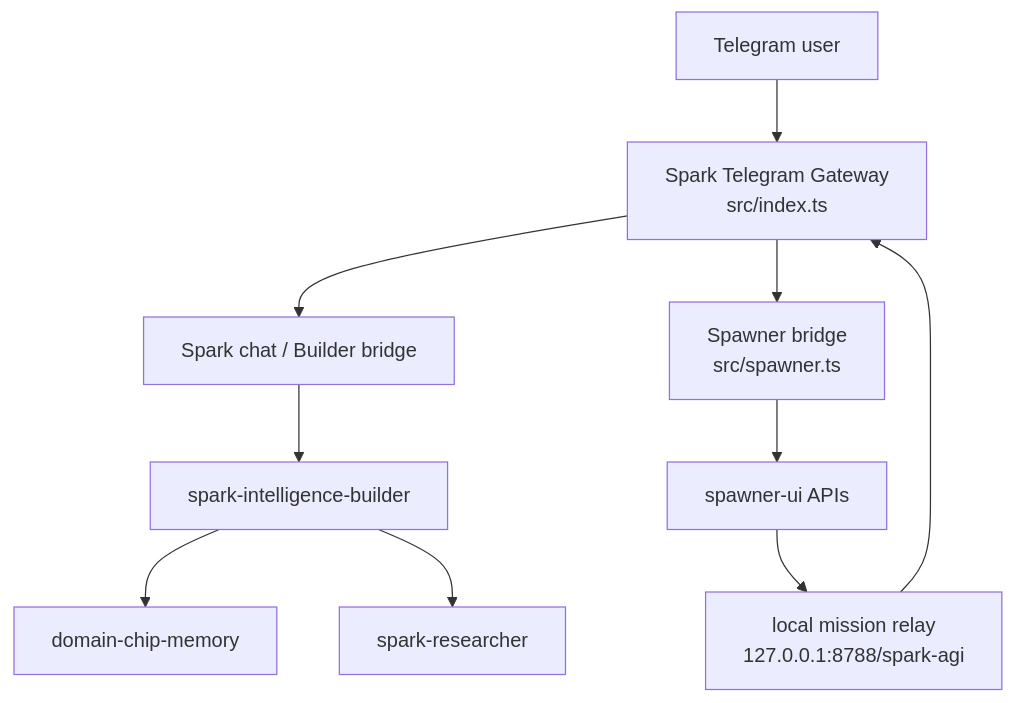
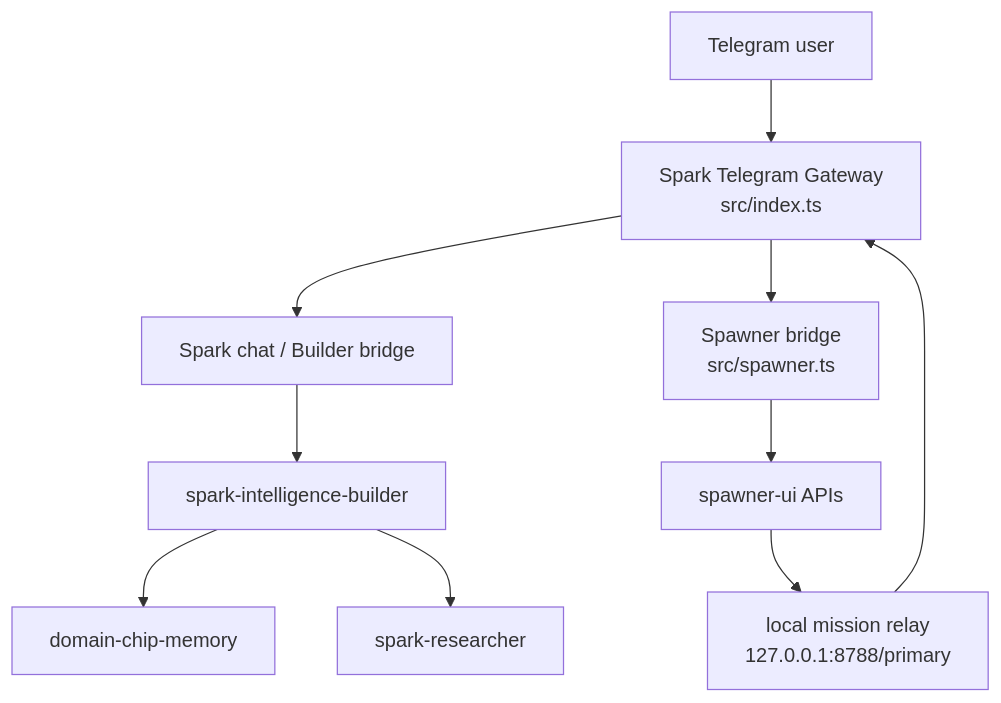
One commit to vibeforge1111/spark-telegram-bot changed the first of 2 diagrams in README.md. Above: the diagram before and after it, drawn with Mermaid. The commit also changed other lines of this file and 6 other files, not shown here.

Commit message:
Use neutral primary Telegram relay profile

````diff
--- a/README.md
+++ b/README.md
@@ -29,12 +29,12 @@
 ```mermaid
 flowchart TD
   User["Telegram user"] --> Gateway["Spark Telegram Gateway<br/>src/index.ts"]
   Gateway --> Chat["Spark chat / Builder bridge"]
   Chat --> Builder["spark-intelligence-builder"]
   Builder --> Memory["domain-chip-memory"]
   Builder --> Researcher["spark-researcher"]
   Gateway --> SpawnerBridge["Spawner bridge<br/>src/spawner.ts"]
   SpawnerBridge --> Spawner["spawner-ui APIs"]
-  Spawner --> Relay["local mission relay<br/>127.0.0.1:8788/spark-agi"]
+  Spawner --> Relay["local mission relay<br/>127.0.0.1:8788/primary"]
   Relay --> Gateway
 ```
````
